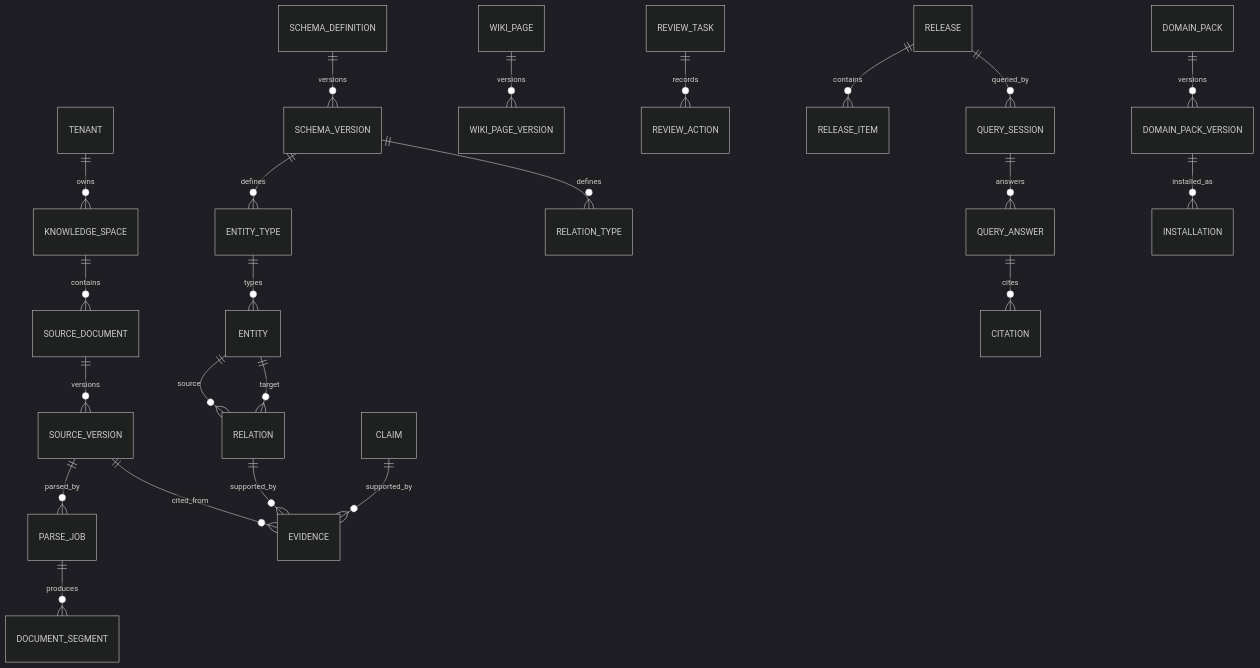
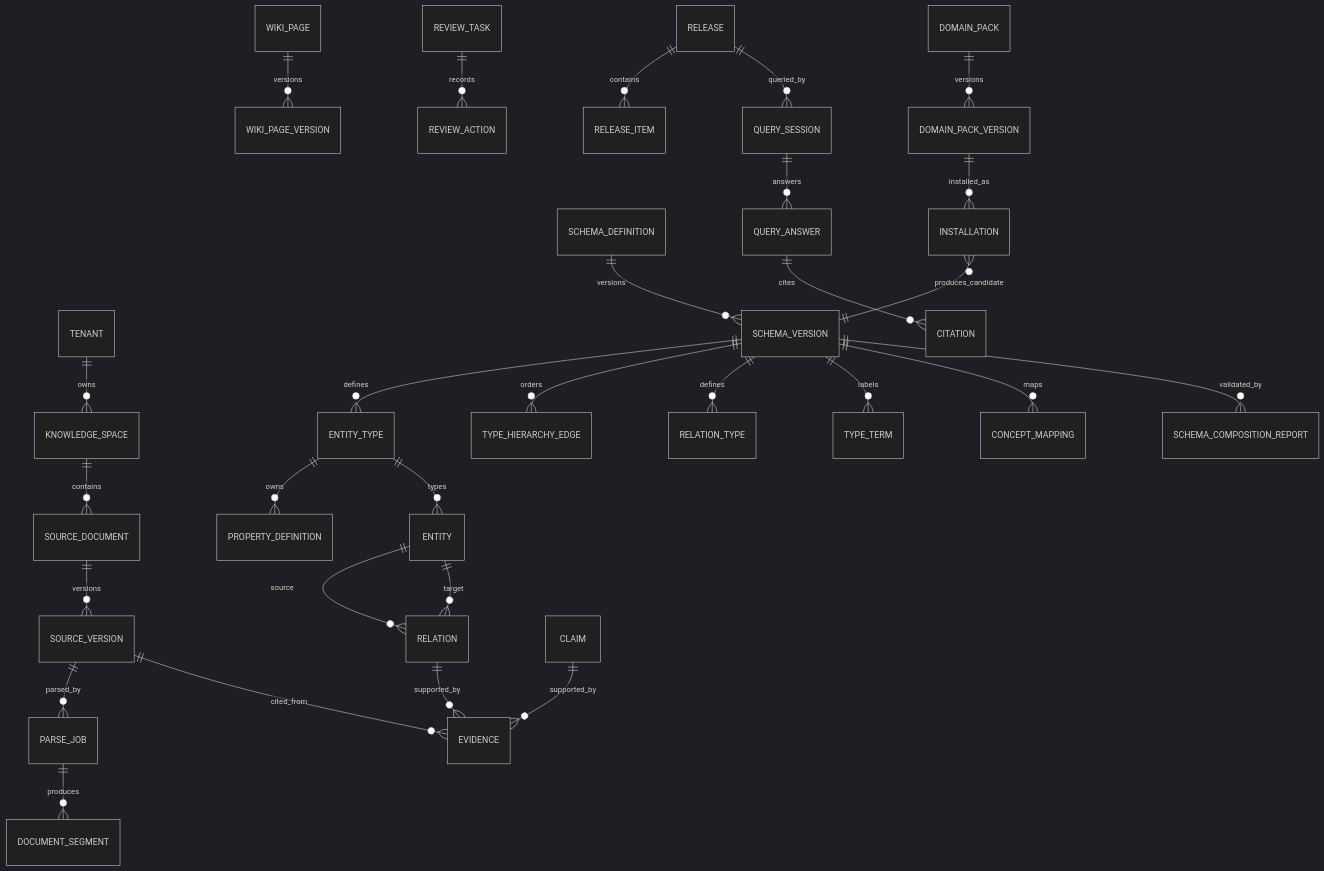
Before and after one commit to yingerfeng-cloud/NEXWEAVE: the diagram in docs/architecture/DATA_MODEL_BASELINE.md, drawn with Mermaid (dark theme). The commit also changed other lines of this file and 399 other files, not shown here.

````diff
--- a/docs/architecture/DATA_MODEL_BASELINE.md
+++ b/docs/architecture/DATA_MODEL_BASELINE.md
@@ -96,25 +99,31 @@
 ```mermaid
 erDiagram
   TENANT ||--o{ KNOWLEDGE_SPACE : owns
   KNOWLEDGE_SPACE ||--o{ SOURCE_DOCUMENT : contains
   SOURCE_DOCUMENT ||--o{ SOURCE_VERSION : versions
   SOURCE_VERSION ||--o{ PARSE_JOB : parsed_by
   PARSE_JOB ||--o{ DOCUMENT_SEGMENT : produces
   SCHEMA_DEFINITION ||--o{ SCHEMA_VERSION : versions
   SCHEMA_VERSION ||--o{ ENTITY_TYPE : defines
+  ENTITY_TYPE ||--o{ PROPERTY_DEFINITION : owns
+  SCHEMA_VERSION ||--o{ TYPE_HIERARCHY_EDGE : orders
   SCHEMA_VERSION ||--o{ RELATION_TYPE : defines
+  SCHEMA_VERSION ||--o{ TYPE_TERM : labels
+  SCHEMA_VERSION ||--o{ CONCEPT_MAPPING : maps
+  SCHEMA_VERSION ||--o{ SCHEMA_COMPOSITION_REPORT : validated_by
   WIKI_PAGE ||--o{ WIKI_PAGE_VERSION : versions
   ENTITY_TYPE ||--o{ ENTITY : types
   ENTITY ||--o{ RELATION : source
   ENTITY ||--o{ RELATION : target
   CLAIM ||--o{ EVIDENCE : supported_by
   RELATION ||--o{ EVIDENCE : supported_by
   SOURCE_VERSION ||--o{ EVIDENCE : cited_from
   REVIEW_TASK ||--o{ REVIEW_ACTION : records
   RELEASE ||--o{ RELEASE_ITEM : contains
   RELEASE ||--o{ QUERY_SESSION : queried_by
   QUERY_SESSION ||--o{ QUERY_ANSWER : answers
   QUERY_ANSWER ||--o{ CITATION : cites
   DOMAIN_PACK ||--o{ DOMAIN_PACK_VERSION : versions
   DOMAIN_PACK_VERSION ||--o{ INSTALLATION : installed_as
+  INSTALLATION }o--|| SCHEMA_VERSION : produces_candidate
 ```
````
